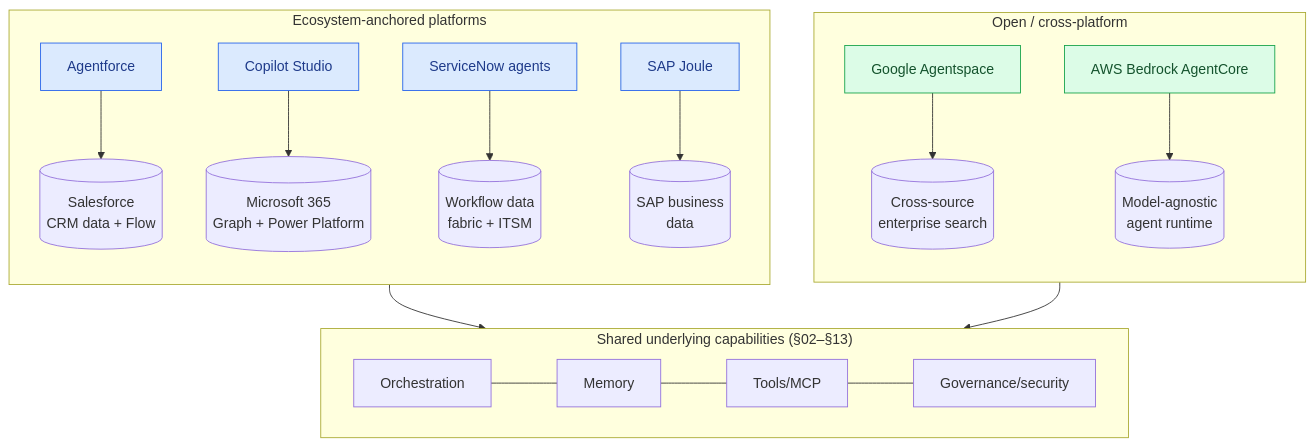
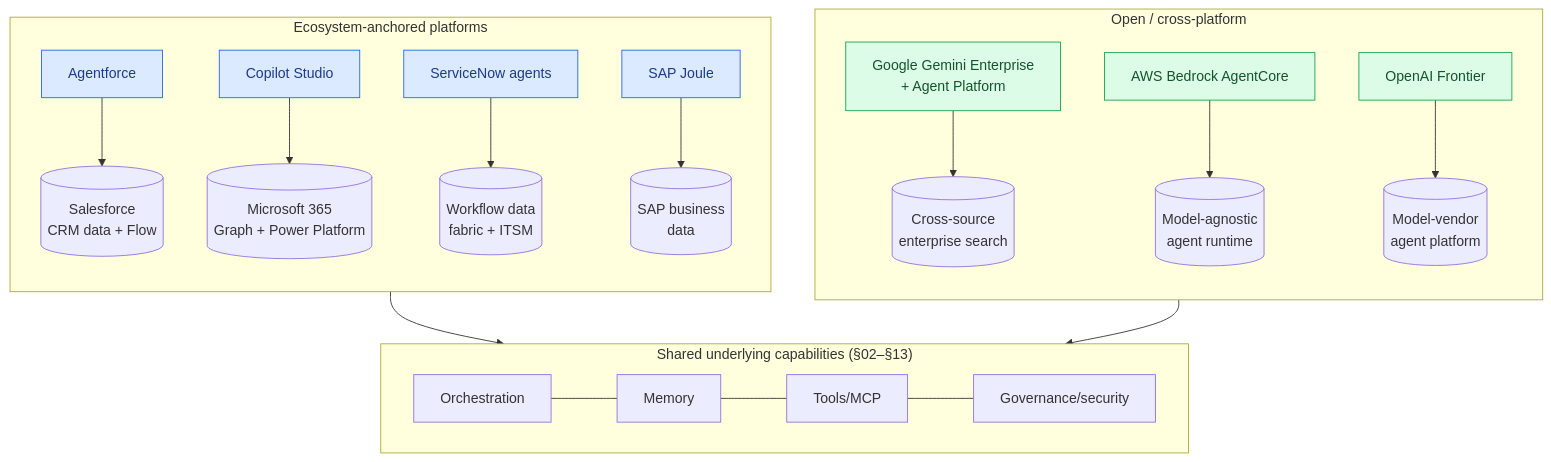
The diagram in sections/14-enterprise-agent-platforms.md (FrankHuang94/ai_agent_tech_claude), drawn with Mermaid before and after one commit. The commit also changed other lines of this file and 5 other files, not shown here.

````diff
--- a/sections/14-enterprise-agent-platforms.md
+++ b/sections/14-enterprise-agent-platforms.md
@@ -81,27 +171,28 @@
 ```mermaid
 flowchart TB
     subgraph Anchor["Ecosystem-anchored platforms"]
         direction TB
         A1[Agentforce] --> AD[(Salesforce<br/>CRM data + Flow)]
         A2[Copilot Studio] --> AD2[(Microsoft 365<br/>Graph + Power Platform)]
         A3[ServiceNow agents] --> AD3[(Workflow data<br/>fabric + ITSM)]
         A4[SAP Joule] --> AD4[(SAP business<br/>data)]
     end
     subgraph Open["Open / cross-platform"]
         direction TB
-        O1[Google Agentspace] --> OD[(Cross-source<br/>enterprise search)]
+        O1["Google Gemini Enterprise<br/>+ Agent Platform"] --> OD[(Cross-source<br/>enterprise search)]
         O2[AWS Bedrock AgentCore] --> OD2[(Model-agnostic<br/>agent runtime)]
+        O3[OpenAI Frontier] --> OD3[(Model-vendor<br/>agent platform)]
     end
     subgraph Common["Shared underlying capabilities (§02–§13)"]
         ORCH[Orchestration] --- MEM[Memory]
         MEM --- TOOL[Tools/MCP]
         TOOL --- GOV[Governance/security]
     end
     Anchor --> Common
     Open --> Common
 
     classDef anchor fill:#dbeafe,stroke:#2563eb,color:#1e3a8a;
     classDef open fill:#dcfce7,stroke:#16a34a,color:#14532d;
     class A1,A2,A3,A4 anchor;
-    class O1,O2 open;
+    class O1,O2,O3 open;
 ```
````
